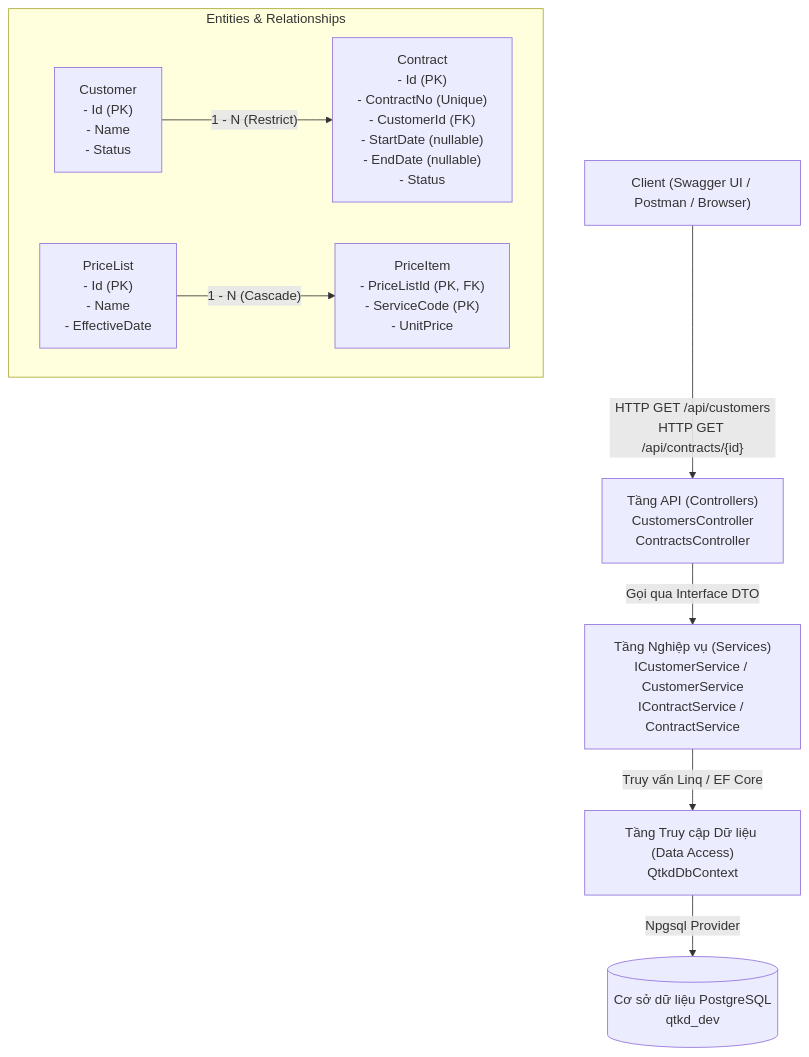
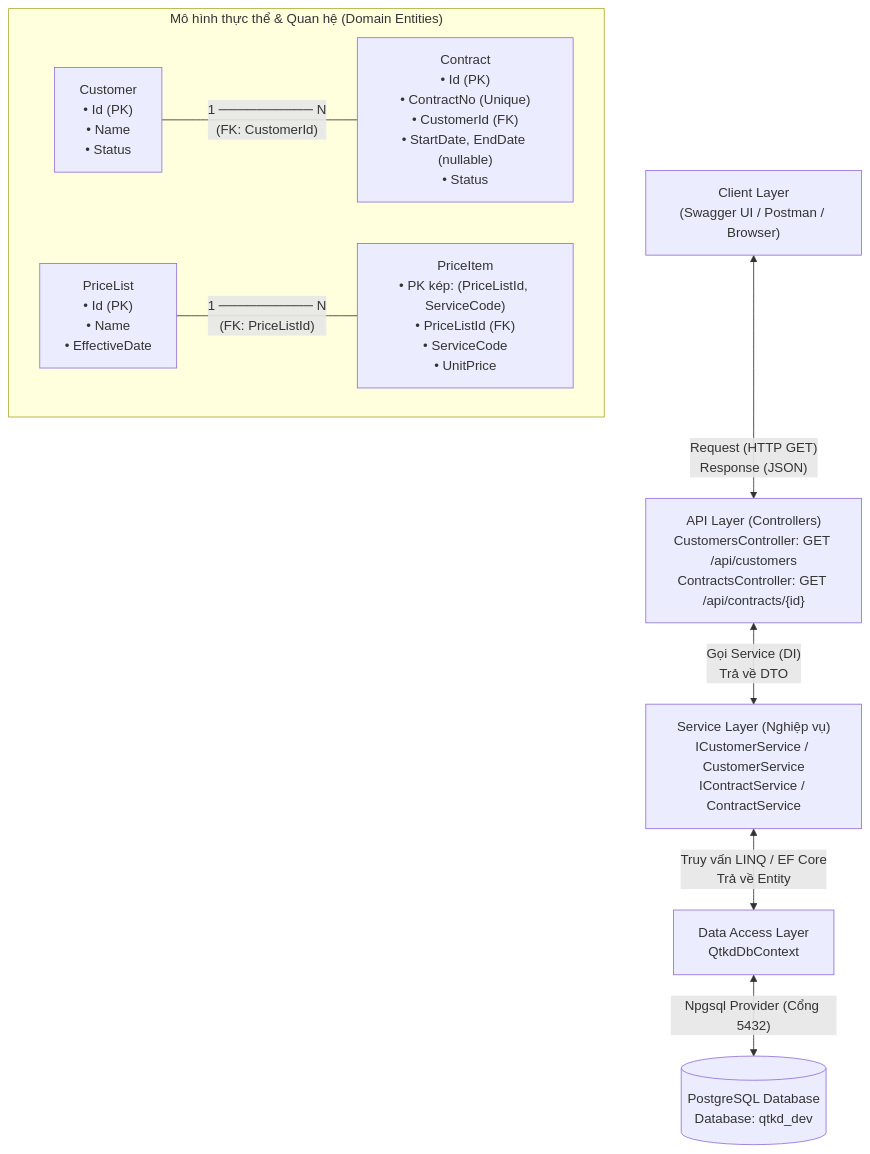
The diagram in docs/architecture.md (tqKhanh1712/business-management-api), drawn with Mermaid before and after one commit. The commit also changed other lines of this file and 2 other files, not shown here.

Commit message:
docs: enhance architecture diagram with bidirectional flow, exact relationships and entity keys

````diff
--- a/docs/architecture.md
+++ b/docs/architecture.md
@@ -5,17 +5,20 @@
 ```mermaid
 graph TD
-    Client["Client (Swagger UI / Postman / Browser)"] -->|"HTTP GET /api/customers<br/>HTTP GET /api/contracts/{id}"| Controllers["Tầng API (Controllers)<br/>CustomersController<br/>ContractsController"]
-    Controllers -->|"Gọi qua Interface DTO"| Services["Tầng Nghiệp vụ (Services)<br/>ICustomerService / CustomerService<br/>IContractService / ContractService"]
-    Services -->|"Truy vấn Linq / EF Core"| DbContext["Tầng Truy cập Dữ liệu (Data Access)<br/>QtkdDbContext"]
-    DbContext -->|"Npgsql Provider"| Postgres[("Cơ sở dữ liệu PostgreSQL<br/>qtkd_dev")]
+    Client["Client Layer<br/>(Swagger UI / Postman / Browser)"] <-->|"Request (HTTP GET)<br/>Response (JSON)"| Controllers["API Layer (Controllers)<br/>CustomersController: GET /api/customers<br/>ContractsController: GET /api/contracts/{id}"]
+    
+    Controllers <-->|"Gọi Service (DI)<br/>Trả về DTO"| Services["Service Layer (Nghiệp vụ)<br/>ICustomerService / CustomerService<br/>IContractService / ContractService"]
+    
+    Services <-->|"Truy vấn LINQ / EF Core<br/>Trả về Entity"| DbContext["Data Access Layer<br/>QtkdDbContext"]
+    
+    DbContext <-->|"Npgsql Provider (Cổng 5432)"| Postgres[("PostgreSQL Database<br/>Database: qtkd_dev")]
 
-    subgraph "Entities & Relationships"
-        Customer["Customer<br/>- Id (PK)<br/>- Name<br/>- Status"]
-        Contract["Contract<br/>- Id (PK)<br/>- ContractNo (Unique)<br/>- CustomerId (FK)<br/>- StartDate (nullable)<br/>- EndDate (nullable)<br/>- Status"]
-        PriceList["PriceList<br/>- Id (PK)<br/>- Name<br/>- EffectiveDate"]
-        PriceItem["PriceItem<br/>- PriceListId (PK, FK)<br/>- ServiceCode (PK)<br/>- UnitPrice"]
+    subgraph "Mô hình thực thể & Quan hệ (Domain Entities)"
+        Customer["Customer<br/>• Id (PK)<br/>• Name<br/>• Status"]
+        Contract["Contract<br/>• Id (PK)<br/>• ContractNo (Unique)<br/>• CustomerId (FK)<br/>• StartDate, EndDate (nullable)<br/>• Status"]
+        PriceList["PriceList<br/>• Id (PK)<br/>• Name<br/>• EffectiveDate"]
+        PriceItem["PriceItem<br/>• PK kép: (PriceListId, ServiceCode)<br/>• PriceListId (FK)<br/>• ServiceCode<br/>• UnitPrice"]
 
-        Customer -->|"1 - N (Restrict)"| Contract
-        PriceList -->|"1 - N (Cascade)"| PriceItem
+        Customer ---|"1 ────────── N<br/>(FK: CustomerId)"| Contract
+        PriceList ---|"1 ────────── N<br/>(FK: PriceListId)"| PriceItem
     end
 ```
````
